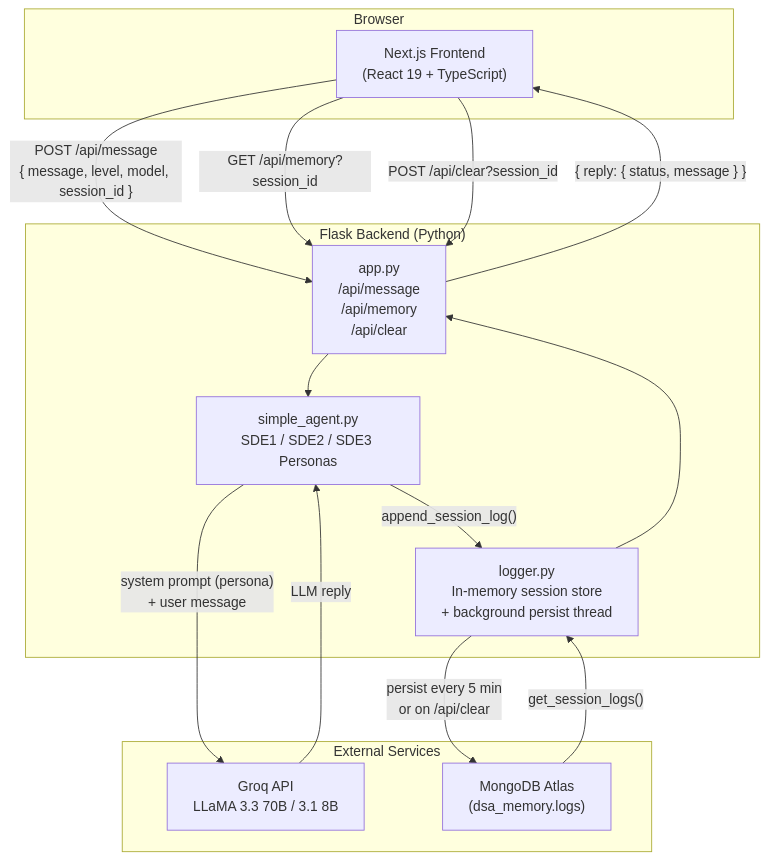
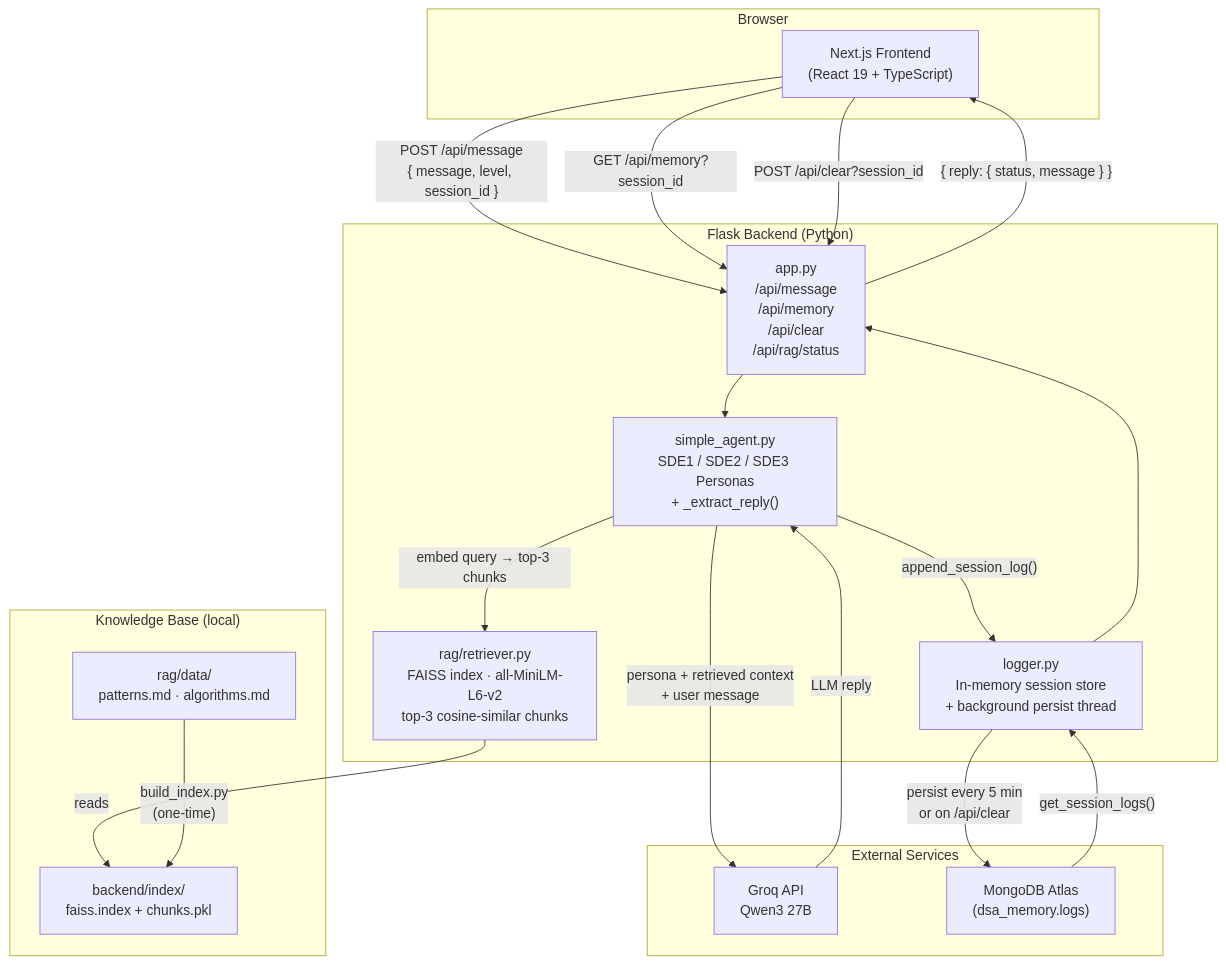
The diagram in readme.md (divyadhimaan/dsa-progress-chatbot), drawn with Mermaid before and after one commit. The commit also changed other lines of this file and 9 other files, not shown here.

````diff
--- a/readme.md
+++ b/readme.md
@@ -49,30 +53,39 @@
 ```mermaid
 flowchart TD
     subgraph Browser["Browser"]
         UI["Next.js Frontend\n(React 19 + TypeScript)"]
     end
 
     subgraph Backend["Flask Backend (Python)"]
-        API["app.py\n/api/message\n/api/memory\n/api/clear"]
-        AGENT["simple_agent.py\nSDE1 / SDE2 / SDE3 Personas"]
+        API["app.py\n/api/message\n/api/memory\n/api/clear\n/api/rag/status"]
+        AGENT["simple_agent.py\nSDE1 / SDE2 / SDE3 Personas\n+ _extract_reply()"]
+        RAG["rag/retriever.py\nFAISS index · all-MiniLM-L6-v2\ntop-3 cosine-similar chunks"]
         LOGGER["logger.py\nIn-memory session store\n+ background persist thread"]
     end
 
+    subgraph Knowledge["Knowledge Base (local)"]
+        INDEX["backend/index/\nfaiss.index + chunks.pkl"]
+        DATA["rag/data/\npatterns.md · algorithms.md"]
+    end
+
     subgraph External["External Services"]
-        GROQ["Groq API\nLLaMA 3.3 70B / 3.1 8B"]
+        GROQ["Groq API\nQwen3 27B"]
         MONGO["MongoDB Atlas\n(dsa_memory.logs)"]
     end
 
-    UI -- "POST /api/message\n{ message, level, model, session_id }" --> API
+    UI -- "POST /api/message\n{ message, level, session_id }" --> API
     UI -- "GET /api/memory?session_id" --> API
     UI -- "POST /api/clear?session_id" --> API
 
     API --> AGENT
-    AGENT -- "system prompt (persona)\n+ user message" --> GROQ
+    AGENT -- "embed query → top-3 chunks" --> RAG
+    RAG -- "reads" --> INDEX
+    DATA -- "build_index.py\n(one-time)" --> INDEX
+    AGENT -- "persona + retrieved context\n+ user message" --> GROQ
     GROQ -- "LLM reply" --> AGENT
     AGENT -- "append_session_log()" --> LOGGER
     LOGGER -- "persist every 5 min\nor on /api/clear" --> MONGO
     MONGO -- "get_session_logs()" --> LOGGER
     LOGGER --> API
     API -- "{ reply: { status, message } }" --> UI
 ```
````
